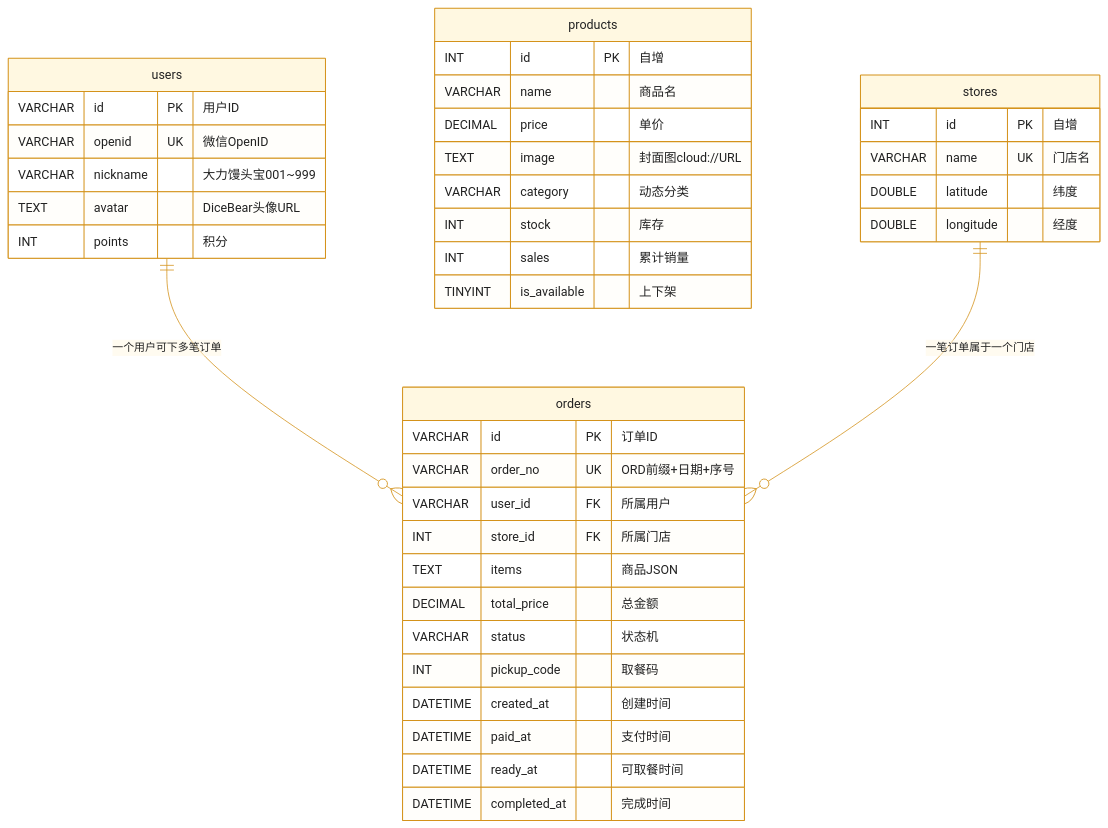
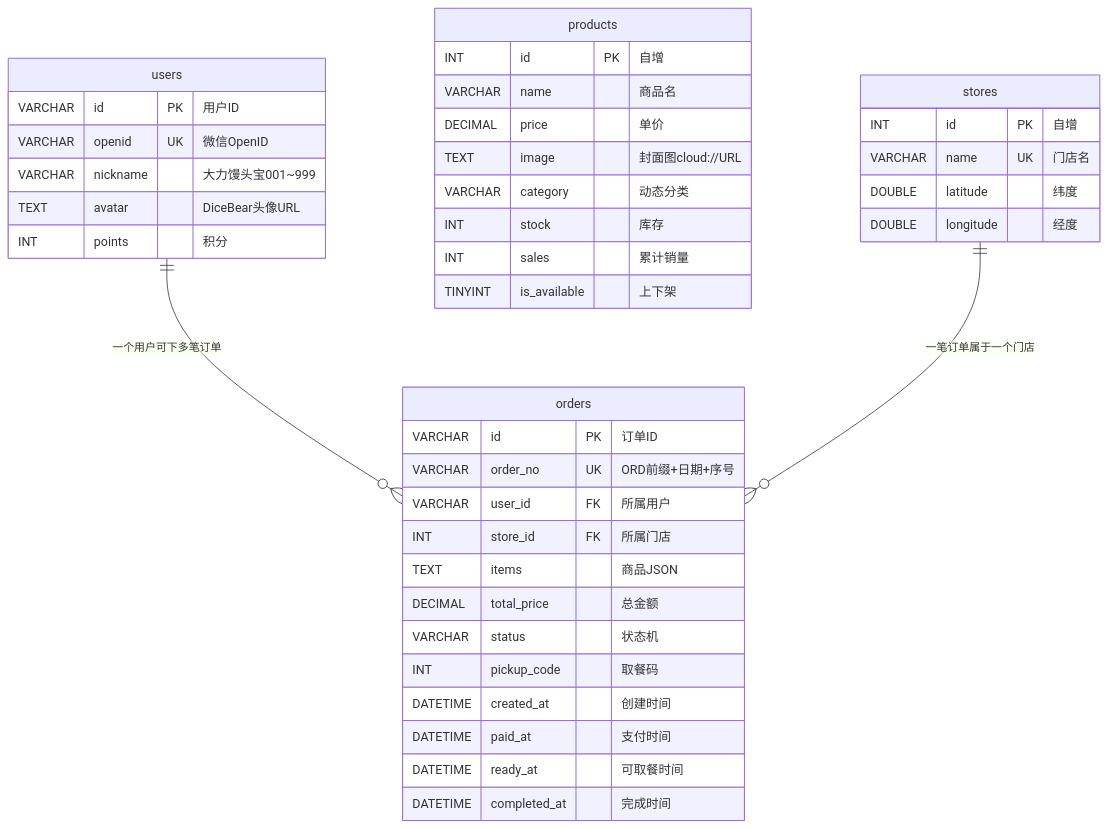
The fourth of 4 diagrams in README.md (zip-Wu/tasty_bakery), drawn with Mermaid before and after one commit. The commit also changed other lines of this file, not shown here.

Commit message:
docs: 删除Mermaid自定义主题 — 彻底解决深浅色模式对比度不兼容问题

````diff
--- a/README.md
+++ b/README.md
@@ -201,47 +198,46 @@
 ```mermaid
-%%{init: {'theme': 'base', 'themeVariables': { 'primaryColor': '#fff8e1', 'primaryTextColor': '#222', 'primaryBorderColor': '#d4921a', 'lineColor': '#d4921a', 'secondaryColor': '#ffeb99', 'tertiaryColor': '#fff8e1', 'textColor': '#222'}}}%%
 erDiagram
     users {
         VARCHAR id PK "用户ID"
         VARCHAR openid UK "微信OpenID"
         VARCHAR nickname "大力馒头宝001~999"
         TEXT avatar "DiceBear头像URL"
         INT points "积分"
     }
 
     products {
         INT id PK "自增"
         VARCHAR name "商品名"
         DECIMAL price "单价"
         TEXT image "封面图cloud://URL"
         VARCHAR category "动态分类"
         INT stock "库存"
         INT sales "累计销量"
         TINYINT is_available "上下架"
     }
 
     stores {
         INT id PK "自增"
         VARCHAR name UK "门店名"
         DOUBLE latitude "纬度"
         DOUBLE longitude "经度"
     }
 
     orders {
         VARCHAR id PK "订单ID"
         VARCHAR order_no UK "ORD前缀+日期+序号"
         VARCHAR user_id FK "所属用户"
         INT store_id FK "所属门店"
         TEXT items "商品JSON"
         DECIMAL total_price "总金额"
         VARCHAR status "状态机"
         INT pickup_code "取餐码"
         DATETIME created_at "创建时间"
         DATETIME paid_at "支付时间"
         DATETIME ready_at "可取餐时间"
         DATETIME completed_at "完成时间"
     }
 
     users ||--o{ orders : "一个用户可下多笔订单"
     stores ||--o{ orders : "一笔订单属于一个门店"
 ```
````
